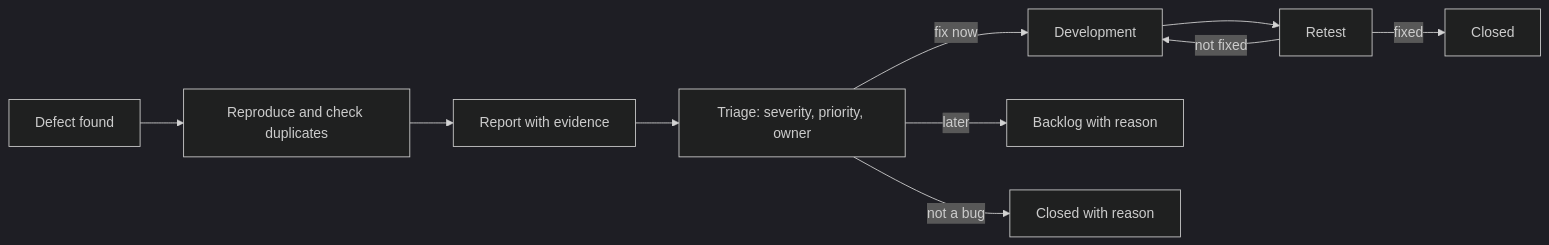
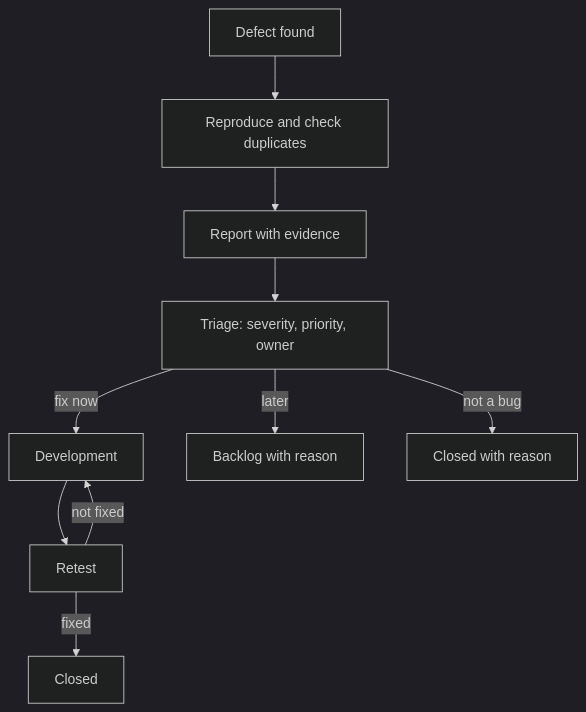
The diagram in flows/en/bug-triage.md (M-Gatti/qa-portfolio), drawn with Mermaid (dark theme) before and after one commit. The commit also changed 6 other files, not shown here.

First line of the commit message:
Refaz o site (v3): paleta índigo clara, biblioteca com filtros, diagramas ampliáveis e prévia de animação

````diff
--- a/flows/en/bug-triage.md
+++ b/flows/en/bug-triage.md
@@ -7,12 +7,12 @@
 ```mermaid
-flowchart LR
+flowchart TD
     A[Defect found] --> B[Reproduce and check duplicates]
     B --> C[Report with evidence]
     C --> D[Triage: severity, priority, owner]
     D -->|fix now| E[Development]
     D -->|later| F[Backlog with reason]
     D -->|not a bug| G[Closed with reason]
     E --> H[Retest]
     H -->|fixed| I[Closed]
     H -->|not fixed| E
 ```
````
